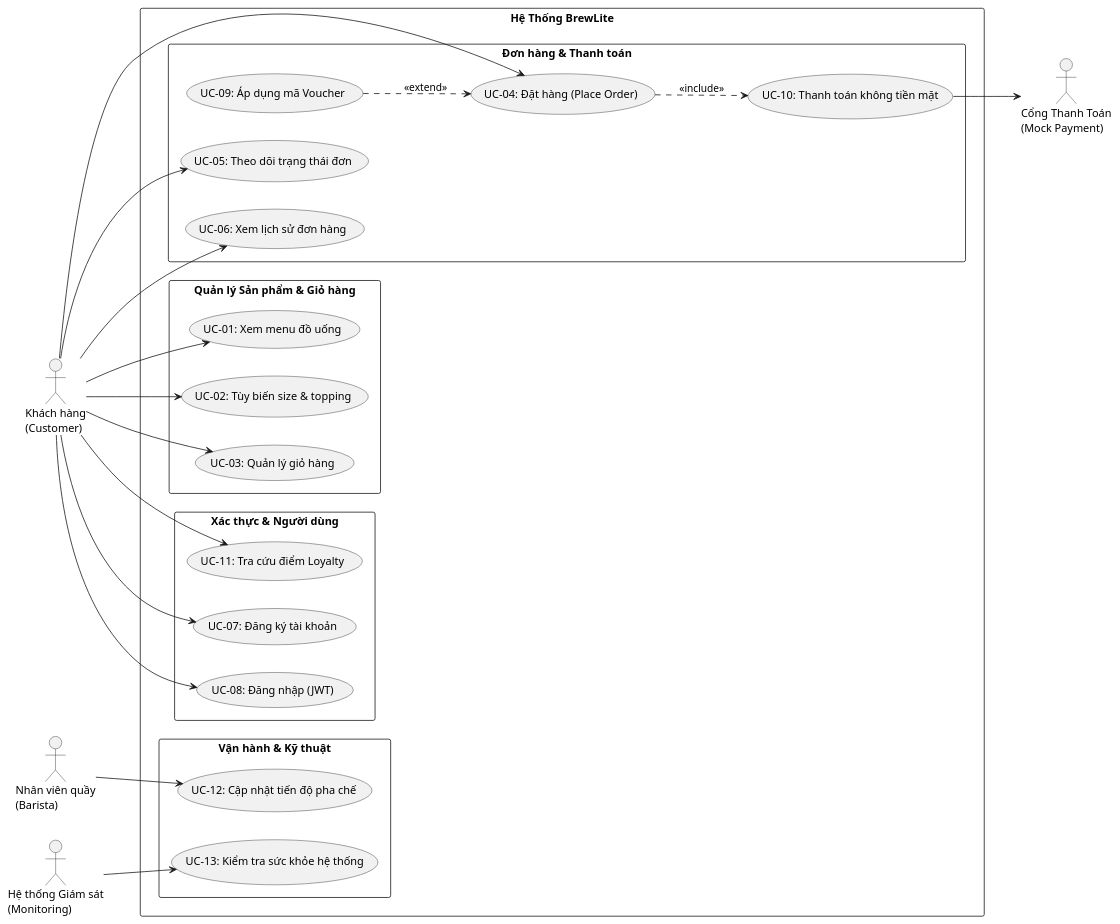
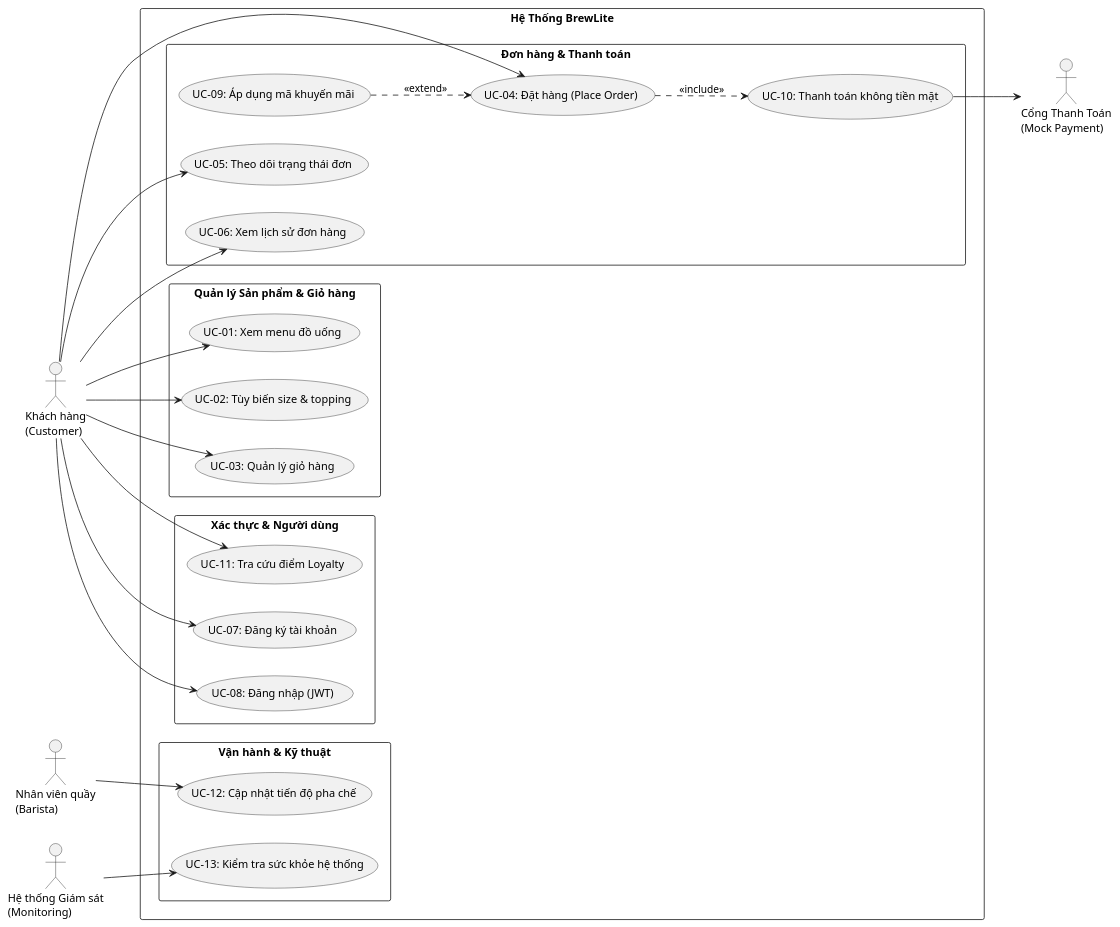
The diagram in docs/requirements/srs.md (vohuunghiaah/brewlite), drawn with PlantUML before and after one commit. The commit also changed other lines of this file and 4 other files, not shown here.

````diff
--- a/docs/requirements/srs.md
+++ b/docs/requirements/srs.md
@@ -273,68 +273,68 @@
 ```plantuml
 @startuml brewlite-system-usecases
 skinparam monochrome true
 skinparam shadowing false
 skinparam defaultFontName Arial
 skinparam packageStyle rectangle
 left to right direction
 
 actor "Khách hàng\n(Customer)" as Customer
 actor "Nhân viên quầy\n(Barista)" as Barista
 actor "Cổng Thanh Toán\n(Mock Payment)" as PaymentGateway
 actor "Hệ thống Giám sát\n(Monitoring)" as Monitor
 
 rectangle "Hệ Thống BrewLite" {
   package "Quản lý Sản phẩm & Giỏ hàng" {
     usecase "UC-01: Xem menu đồ uống" as UC1
     usecase "UC-02: Tùy biến size & topping" as UC2
     usecase "UC-03: Quản lý giỏ hàng" as UC3
   }
 
   package "Xác thực & Người dùng" {
     usecase "UC-07: Đăng ký tài khoản" as UC7
     usecase "UC-08: Đăng nhập (JWT)" as UC8
     usecase "UC-11: Tra cứu điểm Loyalty" as UC11
   }
 
   package "Đơn hàng & Thanh toán" {
     usecase "UC-04: Đặt hàng (Place Order)" as UC4
-    usecase "UC-09: Áp dụng mã Voucher" as UC9
+    usecase "UC-09: Áp dụng mã khuyến mãi" as UC9
     usecase "UC-10: Thanh toán không tiền mặt" as UC10
     usecase "UC-05: Theo dõi trạng thái đơn" as UC5
     usecase "UC-06: Xem lịch sử đơn hàng" as UC6
   }
 
   package "Vận hành & Kỹ thuật" {
     usecase "UC-12: Cập nhật tiến độ pha chế" as UC12
     usecase "UC-13: Kiểm tra sức khỏe hệ thống" as UC13
   }
 }
 
 ' Quan hệ Khách hàng (Primary Actor)
 Customer --> UC1
 Customer --> UC2
 Customer --> UC3
 Customer --> UC7
 Customer --> UC8
 Customer --> UC4
 Customer --> UC5
 Customer --> UC6
 Customer --> UC11
 
 ' Quan hệ include (Hành vi bắt buộc cấu thành)
 UC4 ..> UC10 : <<include>>
 
 ' Quan hệ extend (Hành vi mở rộng tùy chọn)
 UC9 ..> UC4 : <<extend>>
 
 ' Quan hệ Cổng thanh toán mô phỏng (Secondary System Actor)
 UC10 --> PaymentGateway
 
 ' Quan hệ Barista (Secondary Actor)
 Barista --> UC12
 
 ' Quan hệ Giám sát kỹ thuật (System Actor)
 Monitor --> UC13
 
 @enduml
 ```
````
